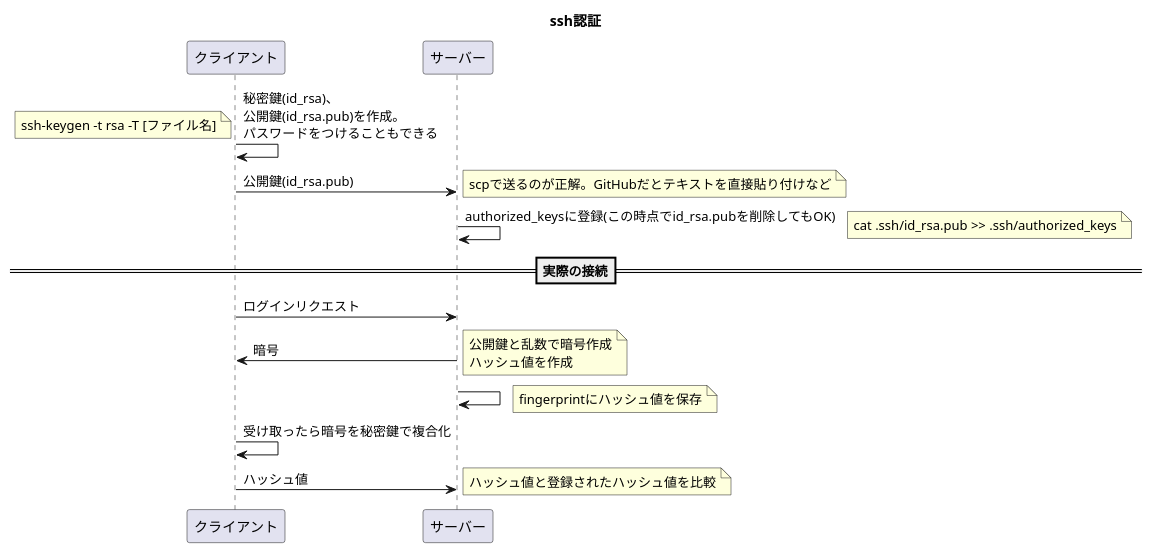
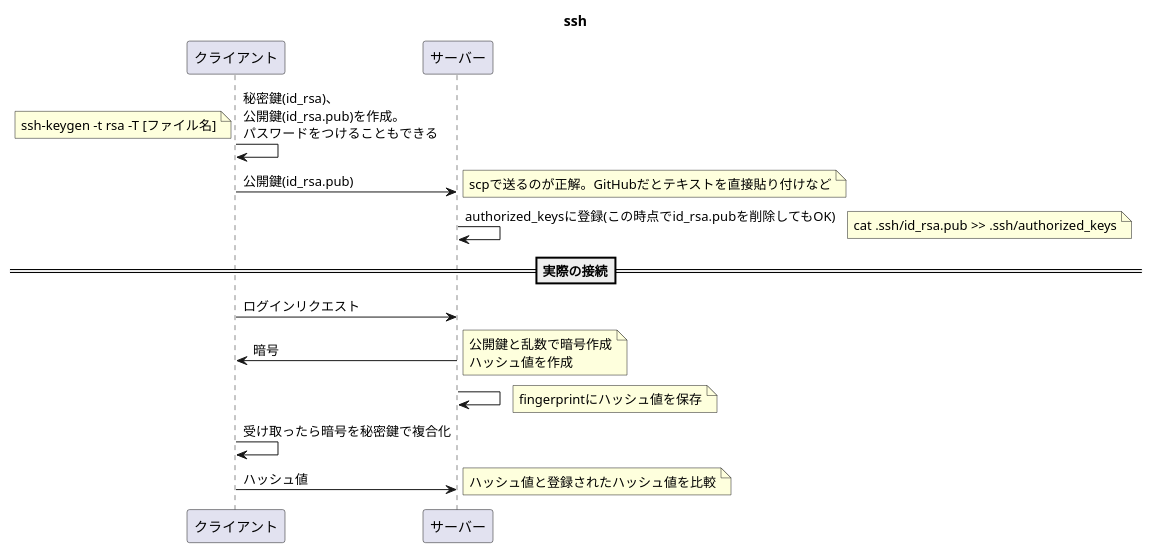
One commit to umanari145/uml changed the diagram in ssh.pu. Above: the diagram before and after it, drawn with PlantUML. The commit also changed 8 other files, not shown here.

```diff
--- a/ssh.pu
+++ b/ssh.pu
@@ -1,30 +1,30 @@
 @startuml
-title ssh認証
+title ssh
 クライアント -> クライアント: 秘密鍵(id_rsa)、\n公開鍵(id_rsa.pub)を作成。\nパスワードをつけることもできる
 note left: ssh-keygen -t rsa -T [ファイル名]
 
 クライアント -> サーバー: 公開鍵(id_rsa.pub)
 note right: scpで送るのが正解。GitHubだとテキストを直接貼り付けなど
 
 サーバー -> サーバー: authorized_keysに登録(この時点でid_rsa.pubを削除してもOK)
 note right: cat .ssh/id_rsa.pub >> .ssh/authorized_keys
 
 ==実際の接続==
 
 クライアント -> サーバー: ログインリクエスト
 サーバー -> クライアント: 暗号
 note right: 公開鍵と乱数で暗号作成\nハッシュ値を作成
 
 サーバー -> サーバー:
 note right: fingerprintにハッシュ値を保存
 
 クライアント -> クライアント: 受け取ったら暗号を秘密鍵で複合化
 
 クライアント -> サーバー: ハッシュ値
 note right: ハッシュ値と登録されたハッシュ値を比較
 
 
 
 
 
 @enduml
```
